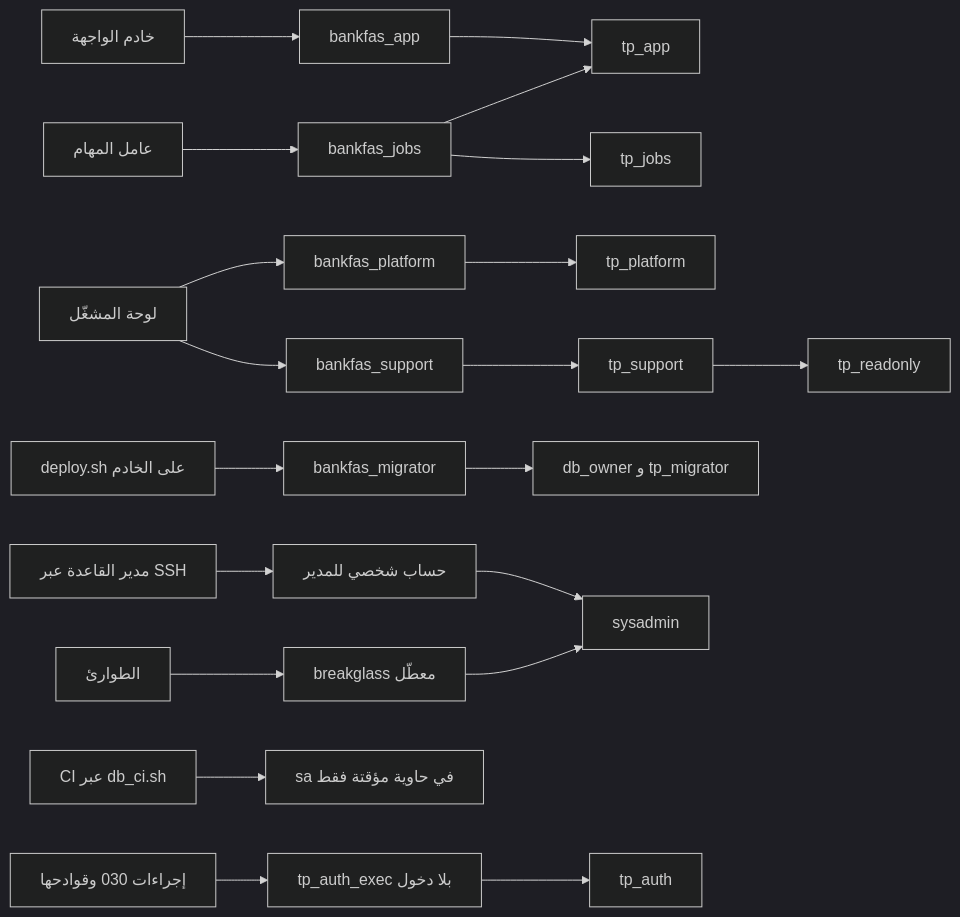
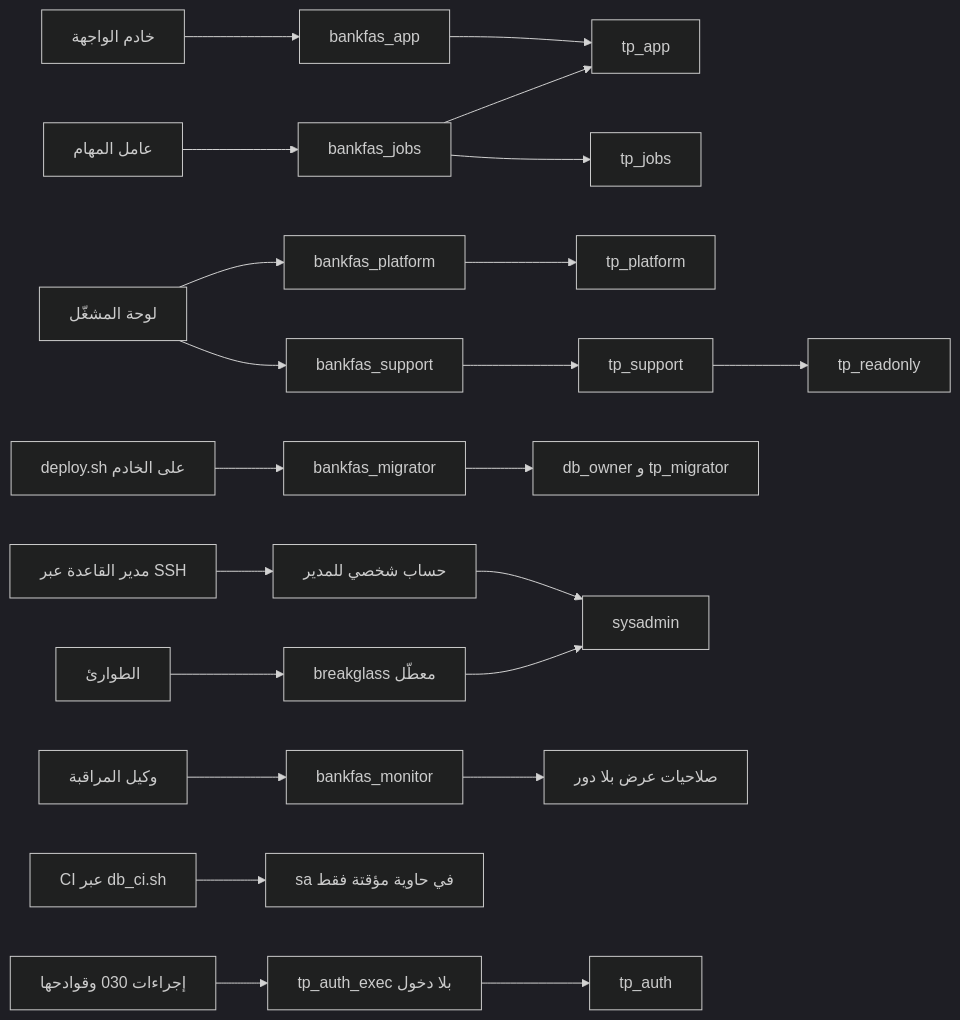
One commit to thawrasy/smartlines changed the first of 2 diagrams in treasury-platform/docs/30-readiness/DOC-S08-database-access-model-and-secrets.md. Above: the diagram before and after it, drawn with Mermaid (dark theme). The commit also changed other lines of this file and 21 other files, not shown here.

````diff
--- a/treasury-platform/docs/30-readiness/DOC-S08-database-access-model-and-secrets.md
+++ b/treasury-platform/docs/30-readiness/DOC-S08-database-access-model-and-secrets.md
@@ -42,22 +44,24 @@
 ```mermaid
 flowchart LR
   WEB["خادم الواجهة"] --> L1["bankfas_app"]
   WRK["عامل المهام"] --> L2["bankfas_jobs"]
   CON["لوحة المشغّل"] --> L3["bankfas_platform"]
   CON --> L4["bankfas_support"]
   DEP["deploy.sh على الخادم"] --> L5["bankfas_migrator"]
   DBA["مدير القاعدة عبر SSH"] --> L6["حساب شخصي للمدير"]
   BG["الطوارئ"] --> L7["breakglass معطّل"]
+  MON["وكيل المراقبة"] --> L8["bankfas_monitor"]
   CI["CI عبر db_ci.sh"] --> SA["sa في حاوية مؤقتة فقط"]
   L1 --> R1["tp_app"]
   L2 --> R1
   L2 --> R2["tp_jobs"]
   L3 --> R3["tp_platform"]
   L4 --> R4["tp_support"]
   R4 --> R5["tp_readonly"]
   L5 --> R6["db_owner و tp_migrator"]
   L6 --> R7["sysadmin"]
   L7 --> R7
+  L8 --> R9["صلاحيات عرض بلا دور"]
   PR["إجراءات 030 وقوادحها"] --> U["tp_auth_exec بلا دخول"]
   U --> R8["tp_auth"]
 ```
````
